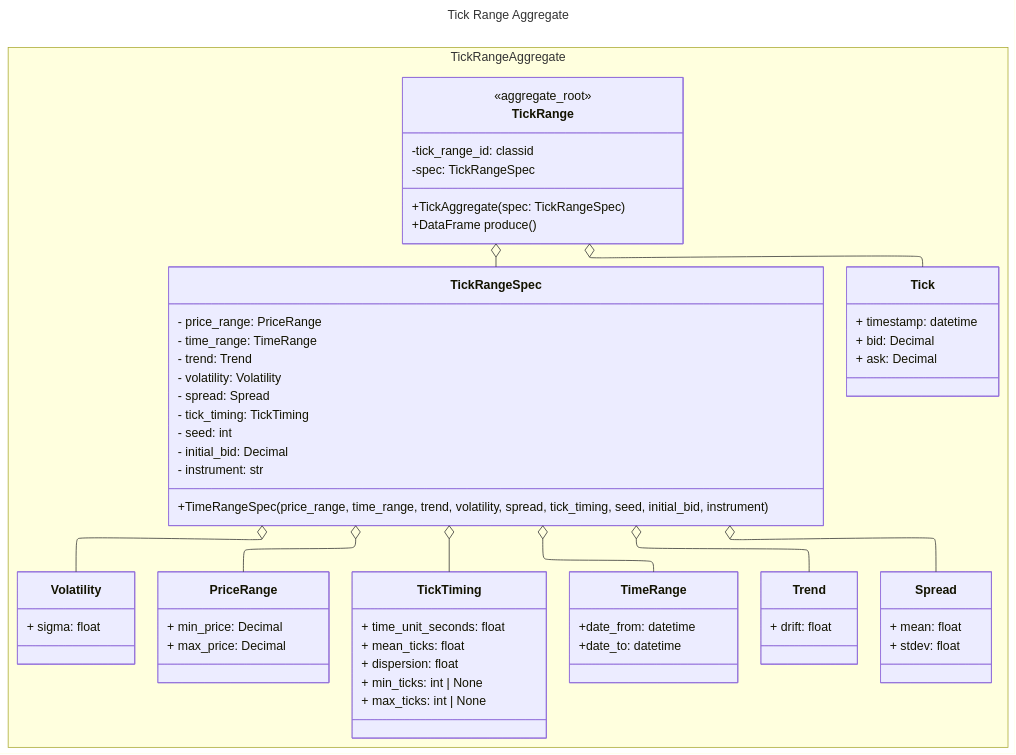
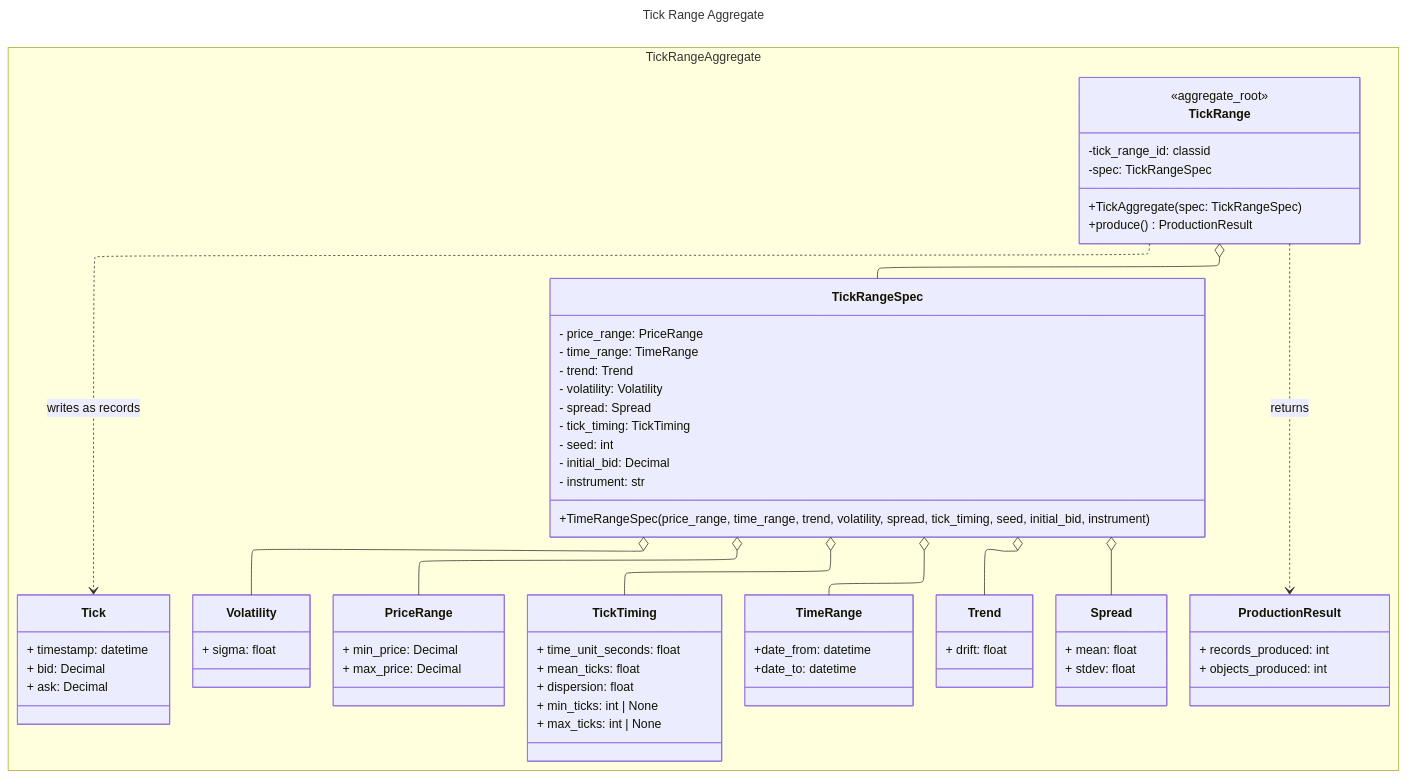
One commit to mchiuminatto/synthetick changed the second of 4 diagrams in docs/design/domain-analysis.md. Above: the diagram before and after it, drawn with Mermaid. The commit also changed other lines of this file, not shown here.

```diff
--- a/docs/design/domain-analysis.md
+++ b/docs/design/domain-analysis.md
@@ -89,7 +99,7 @@
     -tick_range_id: classid
     -spec: TickRangeSpec
     +TickAggregate(spec: TickRangeSpec)
-    +DataFrame produce()
+    +produce() ProductionResult
   }
 
 
@@ -144,10 +154,16 @@
     + ask: Decimal
   }
 
+  class ProductionResult{
+    + records_produced: int
+    + objects_produced: int
+  }
+
 
 }
 TickRange o-- TickRangeSpec
-TickRange o-- Tick
+TickRange ..> Tick : writes as records
+TickRange ..> ProductionResult : returns
 TickRangeSpec o-- PriceRange
 TickRangeSpec o-- TimeRange
 TickRangeSpec o-- Volatility
```
